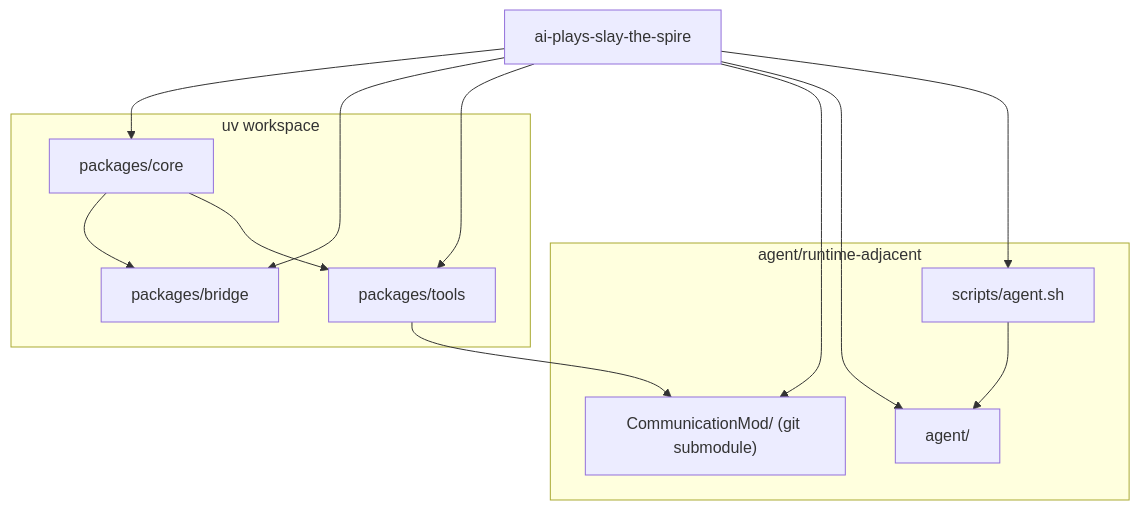
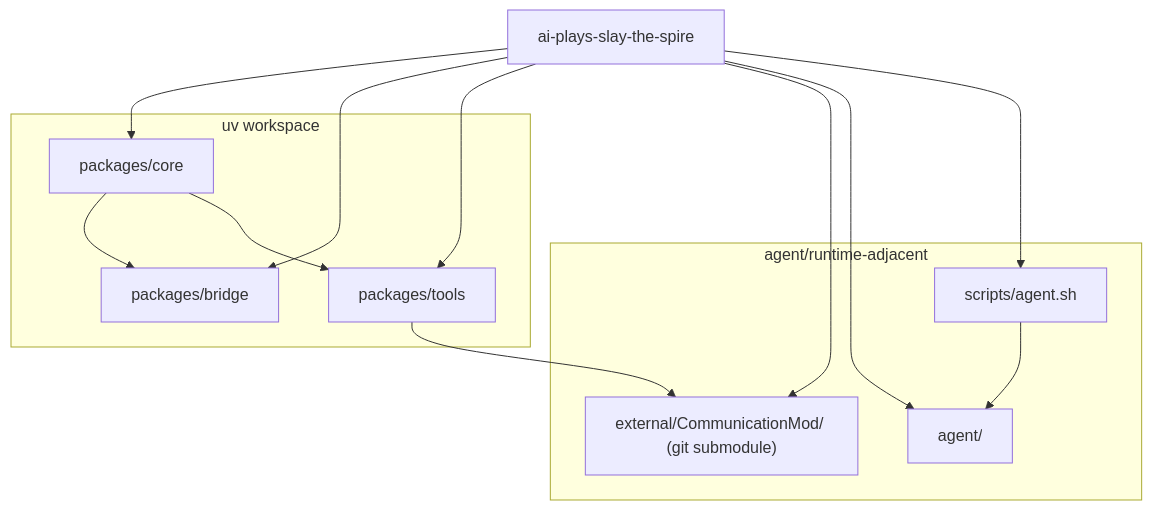
The first of 2 diagrams in README.md (harryplusplus/ai-plays-slay-the-spire), drawn with Mermaid before and after one commit. The commit also changed other lines of this file and 8 other files, not shown here.

Commit message:
Move CommunicationMod under external and add STS helpers

````diff
--- a/README.md
+++ b/README.md
@@ -45,28 +46,28 @@
 ```mermaid
 flowchart TB
     root["ai-plays-slay-the-spire"]
 
     subgraph workspace["uv workspace"]
         core["packages/core"]
         bridge["packages/bridge"]
         tools["packages/tools"]
     end
 
     subgraph external["agent/runtime-adjacent"]
-        comm["CommunicationMod/ (git submodule)"]
+        comm["external/CommunicationMod/ (git submodule)"]
         agent["agent/"]
         script["scripts/agent.sh"]
     end
 
     root --> core
     root --> bridge
     root --> tools
     root --> comm
     root --> agent
     root --> script
 
     core --> bridge
     core --> tools
     tools --> comm
     script --> agent
 ```
````
